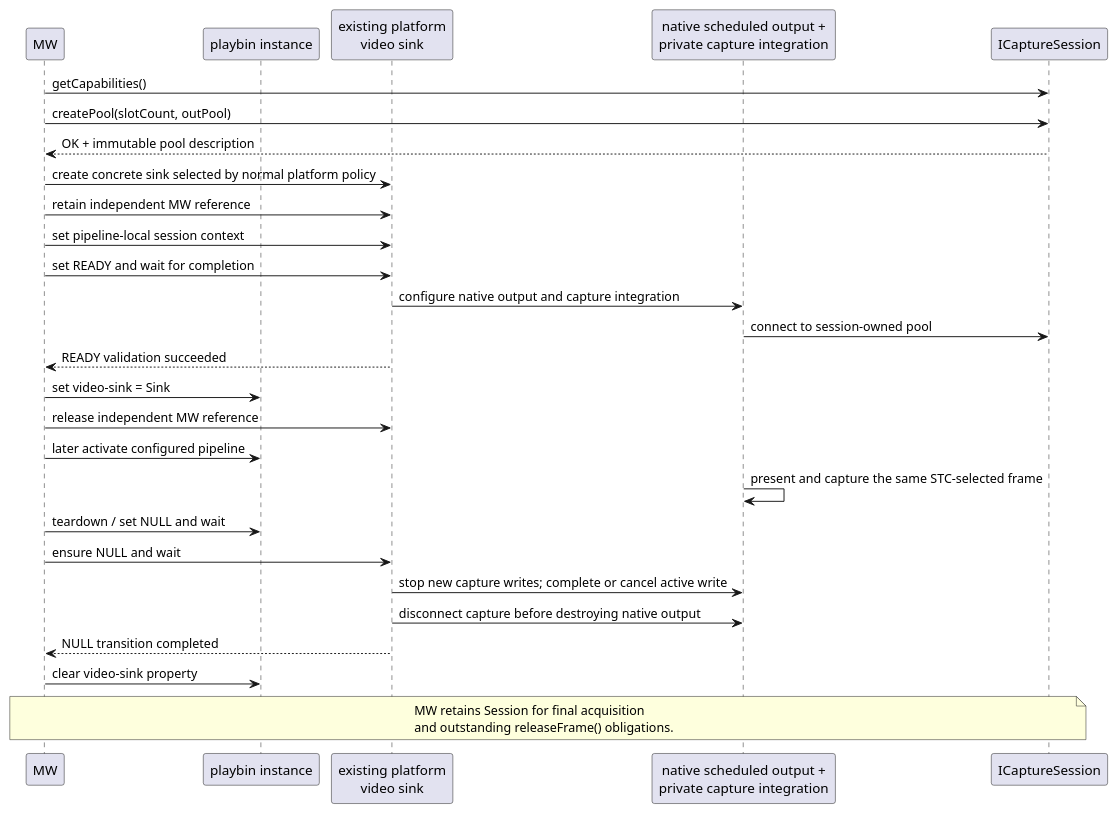
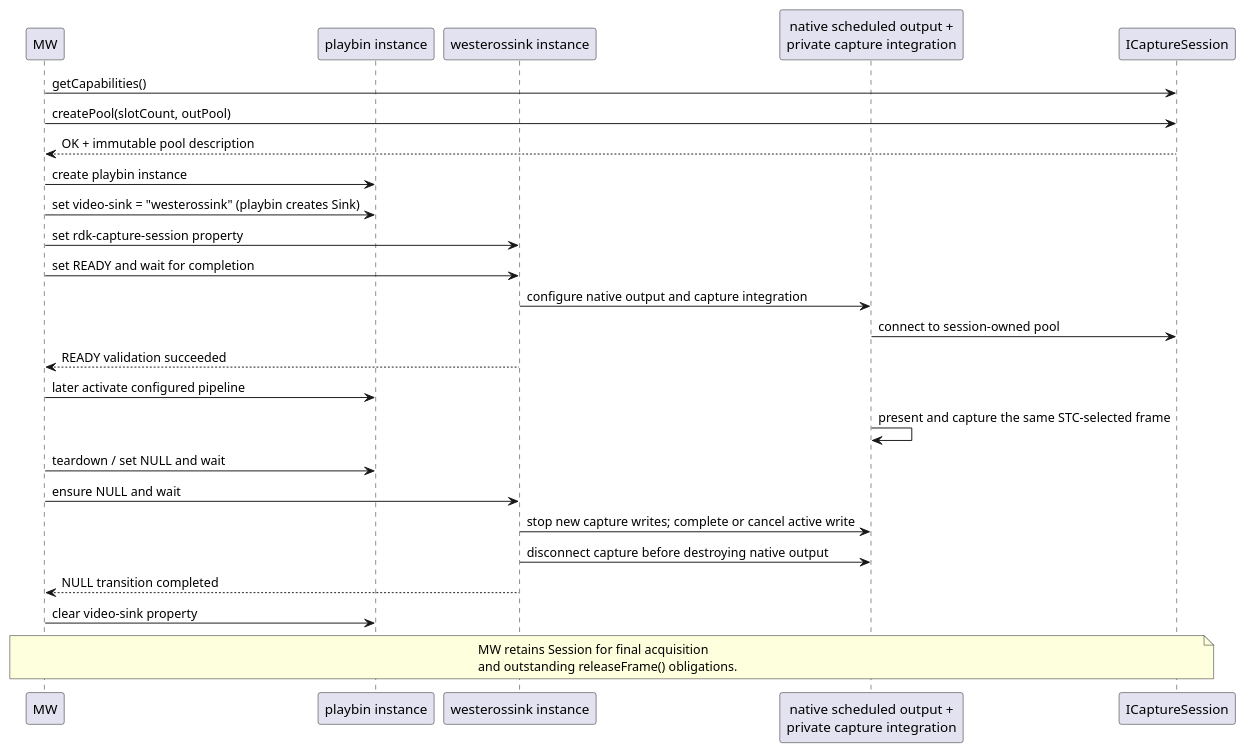
One commit to rdkcentral/rdk-hpk-documentation changed the diagram in doc/Media_Pipeline/SPECIFICATION-soc-video-frame-capture.md. Above: the diagram before and after it, drawn with PlantUML. The commit also changed other lines of this file, not shown here.

First line of the commit message:
Changed ICaptureSession delivery from GstContext to GObject property, updated westeros-sink-soc.h contract with required fields and property handler, documented property cons and mitigations, removed Section 6 conformance testing duplication, and uprev to v0.6

````diff
--- a/doc/Media_Pipeline/SPECIFICATION-soc-video-frame-capture.md
+++ b/doc/Media_Pipeline/SPECIFICATION-soc-video-frame-capture.md
@@ -233,35 +312,33 @@
 ```plantuml
 @startuml
 participant MW
 participant "playbin instance" as Playbin
-participant "existing platform\nvideo sink" as Sink
+participant "westerossink instance" as Sink
 participant "native scheduled output +\nprivate capture integration" as Output
 participant ICaptureSession as Session
 
 MW -> Session: getCapabilities()
 MW -> Session: createPool(slotCount, outPool)
 Session --> MW: OK + immutable pool description
-MW -> Sink: create concrete sink selected by normal platform policy
-MW -> Sink: retain independent MW reference
-MW -> Sink: set pipeline-local session context
+MW -> Playbin: create playbin instance
+MW -> Playbin: set video-sink = "westerossink" (playbin creates Sink)
+MW -> Sink: set rdk-capture-session property
 MW -> Sink: set READY and wait for completion
 Sink -> Output: configure native output and capture integration
 Output -> Session: connect to session-owned pool
 Sink --> MW: READY validation succeeded
-MW -> Playbin: set video-sink = Sink
-MW -> Sink: release independent MW reference
 MW -> Playbin: later activate configured pipeline
 Output -> Output: present and capture the same STC-selected frame
 
 MW -> Playbin: teardown / set NULL and wait
 MW -> Sink: ensure NULL and wait
 Sink -> Output: stop new capture writes; complete or cancel active write
 Sink -> Output: disconnect capture before destroying native output
 Sink --> MW: NULL transition completed
 MW -> Playbin: clear video-sink property
 note over MW,Session
 MW retains Session for final acquisition
 and outstanding releaseFrame() obligations.
 end note
 @enduml
 ```
````
